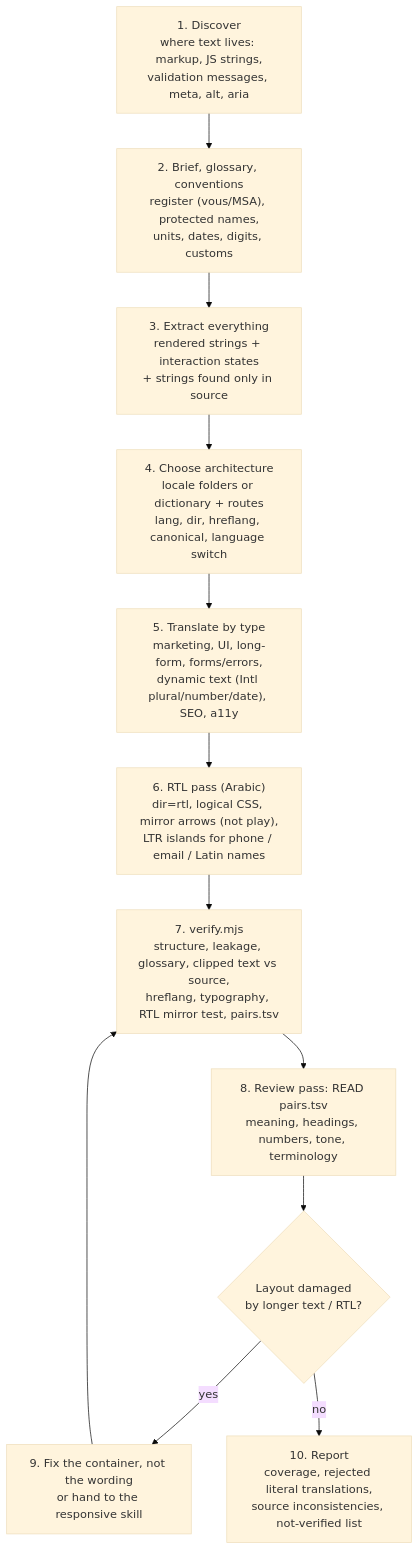
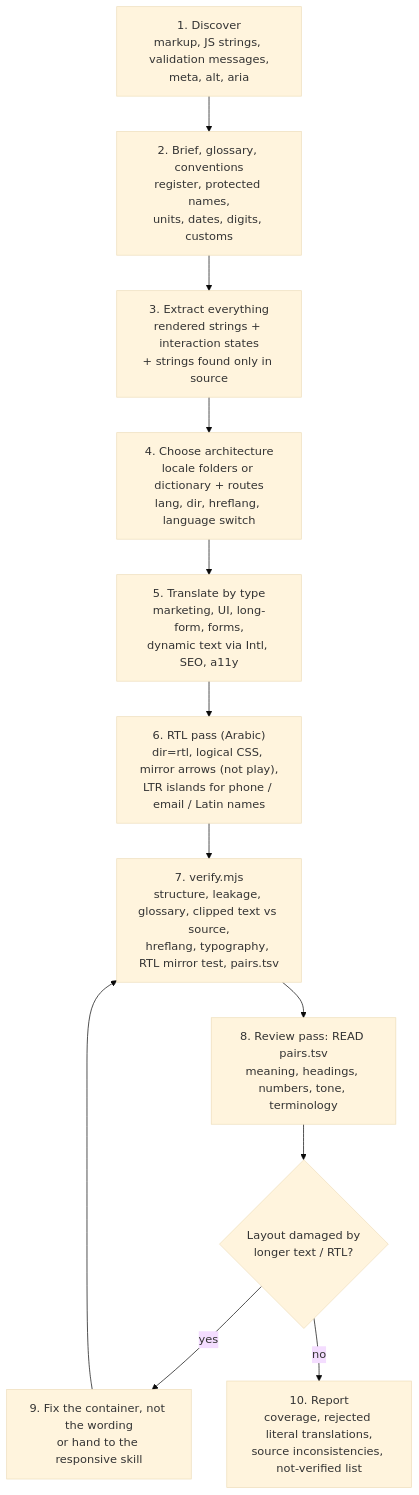
One commit to MONTASSAR2001/skill-lang-responsive changed the third of 4 diagrams in README.md. Above: the diagram before and after it, drawn with Mermaid (base theme). The commit also changed other lines of this file and 101 other files, not shown here.

````diff
--- a/README.md
+++ b/README.md
@@ -110,14 +140,14 @@
 ```mermaid
 flowchart TD
-  A["1. Discover<br/>where text lives: markup, JS strings,<br/>validation messages, meta, alt, aria"] --> B["2. Brief, glossary, conventions<br/>register (vous/MSA), protected names,<br/>units, dates, digits, customs"]
+  A["1. Discover<br/>markup, JS strings, validation messages,<br/>meta, alt, aria"] --> B["2. Brief, glossary, conventions<br/>register, protected names,<br/>units, dates, digits, customs"]
   B --> C["3. Extract everything<br/>rendered strings + interaction states<br/>+ strings found only in source"]
-  C --> D["4. Choose architecture<br/>locale folders or dictionary + routes<br/>lang, dir, hreflang, canonical, language switch"]
-  D --> E["5. Translate by type<br/>marketing, UI, long-form, forms/errors,<br/>dynamic text (Intl plural/number/date), SEO, a11y"]
+  C --> D["4. Choose architecture<br/>locale folders or dictionary + routes<br/>lang, dir, hreflang, language switch"]
+  D --> E["5. Translate by type<br/>marketing, UI, long-form, forms,<br/>dynamic text via Intl, SEO, a11y"]
   E --> F["6. RTL pass (Arabic)<br/>dir=rtl, logical CSS, mirror arrows (not play),<br/>LTR islands for phone / email / Latin names"]
   F --> G["7. verify.mjs<br/>structure, leakage, glossary, clipped text vs source,<br/>hreflang, typography, RTL mirror test, pairs.tsv"]
   G --> H["8. Review pass: READ pairs.tsv<br/>meaning, headings, numbers, tone, terminology"]
-  H --> I{"Layout damaged<br/>by longer text / RTL?"}
+  H --> I{"Layout damaged by<br/>longer text / RTL?"}
   I -->|yes| J["9. Fix the container, not the wording<br/>or hand to the responsive skill"]
   J --> G
   I -->|no| K["10. Report<br/>coverage, rejected literal translations,<br/>source inconsistencies, not-verified list"]
 ```
````
